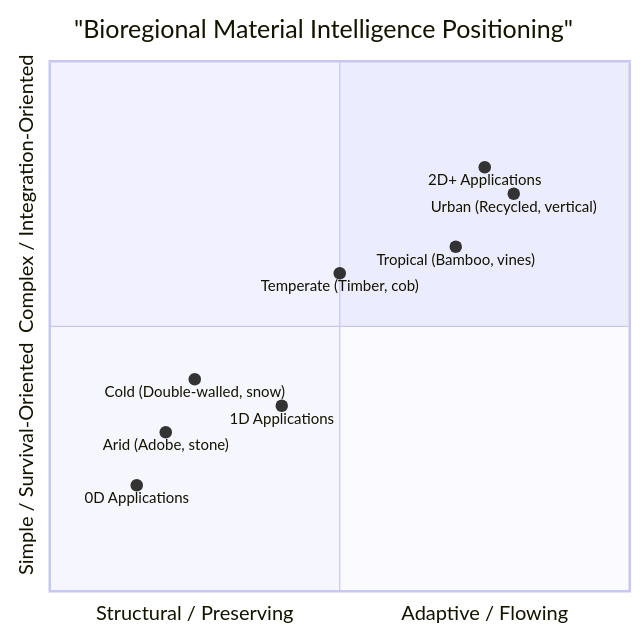
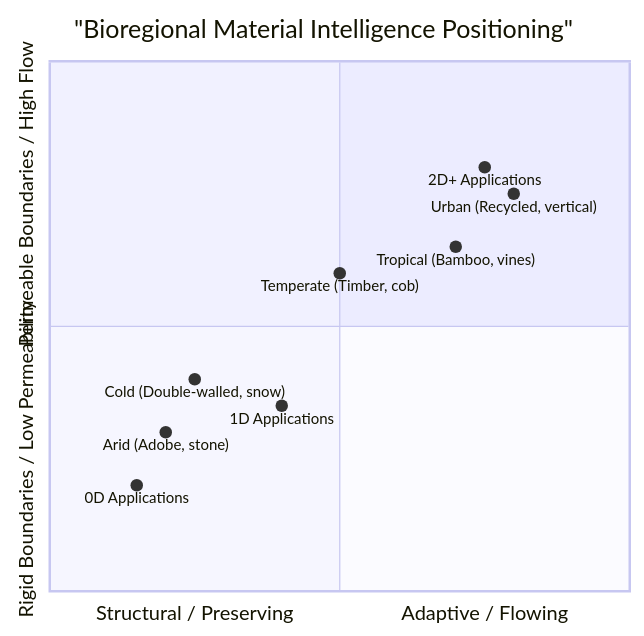
Before and after one commit to ravaioli/solarpunk-mandala: the second of 6 diagrams in docs/core-model/07-material-intelligence-framework.md, drawn with Mermaid. The commit also changed other lines of this file, not shown here.

````diff
--- a/docs/core-model/07-material-intelligence-framework.md
+++ b/docs/core-model/07-material-intelligence-framework.md
@@ -165,14 +81,14 @@
 ```mermaid
 quadrantChart
     title "Bioregional Material Intelligence Positioning"
     x-axis "Structural / Preserving" --> "Adaptive / Flowing"
-    y-axis "Simple / Survival-Oriented" --> "Complex / Integration-Oriented"
+    y-axis "Rigid Boundaries / Low Permeability" --> "Permeable Boundaries / High Flow"
     "Arid (Adobe, stone)": [0.2, 0.3]
     "Cold (Double-walled, snow)": [0.25, 0.4]
     "Temperate (Timber, cob)": [0.5, 0.6]
     "Tropical (Bamboo, vines)": [0.7, 0.65]
     "Urban (Recycled, vertical)": [0.8, 0.75]
     "0D Applications": [0.15, 0.2]
     "1D Applications": [0.4, 0.35]
     "2D+ Applications": [0.75, 0.8]
 ```
````
